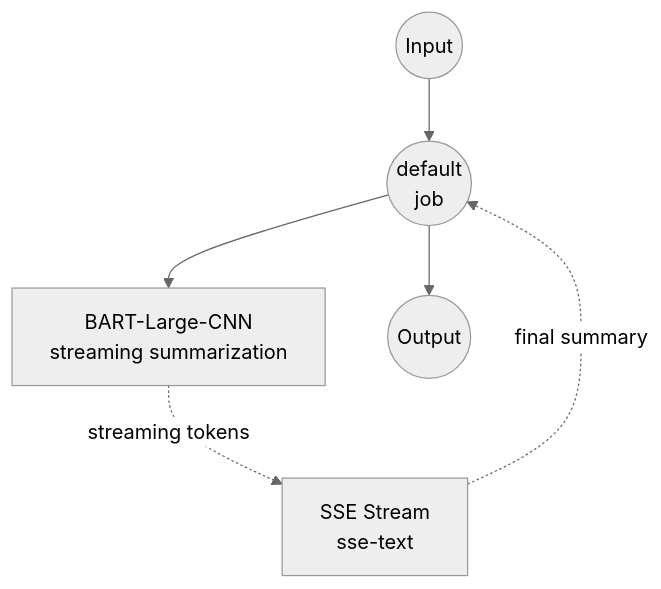
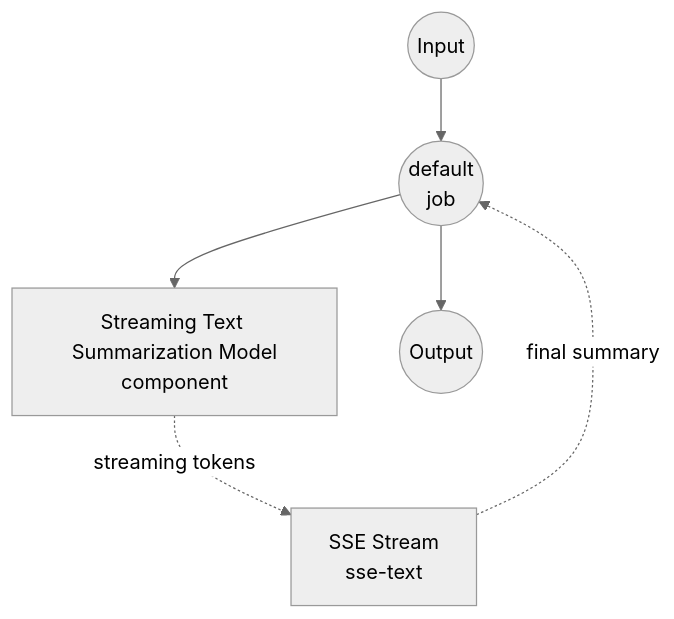
One commit to hanyeol/model-compose changed the diagram in examples/model-tasks/summarization-stream/README.md. Above: the diagram before and after it, drawn with Mermaid (neutral theme). The commit also changed 21 other files, not shown here.

````diff
--- a/examples/model-tasks/summarization-stream/README.md
+++ b/examples/model-tasks/summarization-stream/README.md
@@ -111,20 +111,20 @@
 ```mermaid
 graph TD
     %% Default job (implicit)
     J1((default<br/>job))
 
     %% Component
-    C1[BART-Large-CNN<br/>streaming summarization]
+    C1[Streaming Text Summarization Model<br/>component]
 
     %% Streaming output
     S1[SSE Stream<br/>sse-text]
 
     %% Job to component connections (solid: invokes, dotted: returns)
     J1 --> C1
     C1 -.-> |streaming tokens| S1
     S1 -.-> |final summary| J1
 
     %% Input/Output
     Input((Input)) --> J1
     J1 --> Output((Output))
 ```
````
